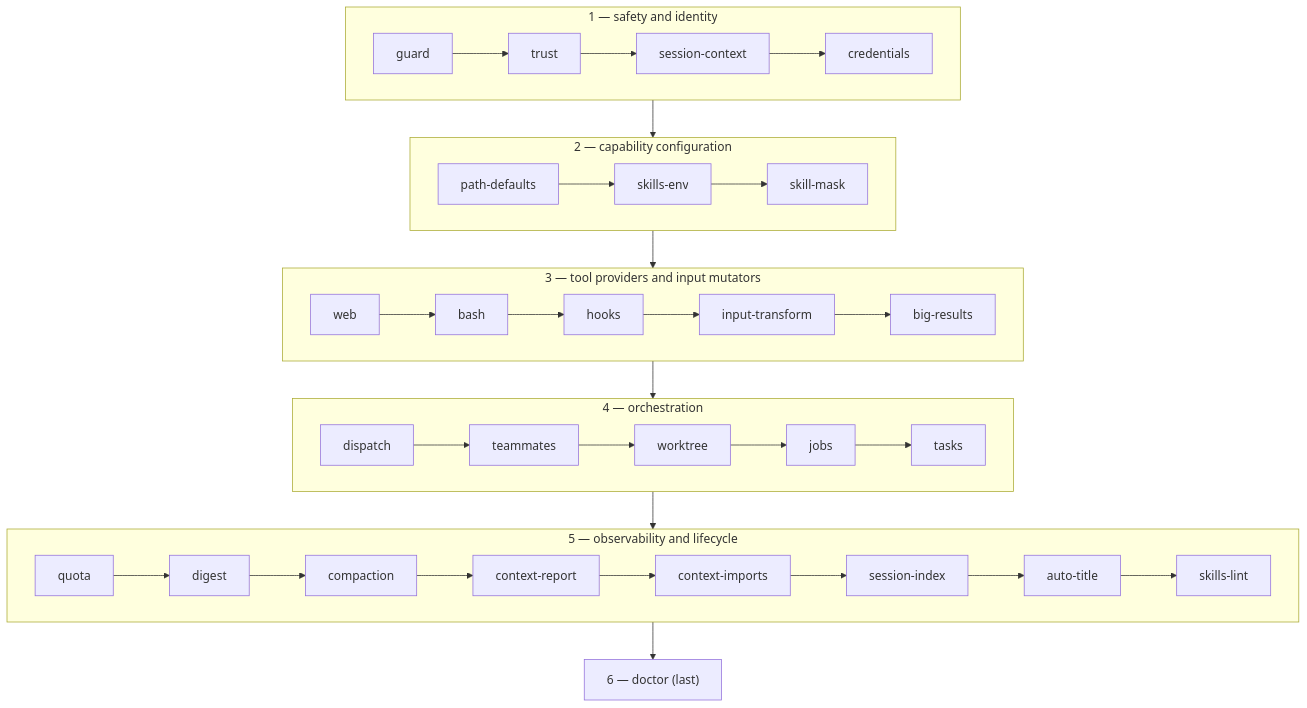
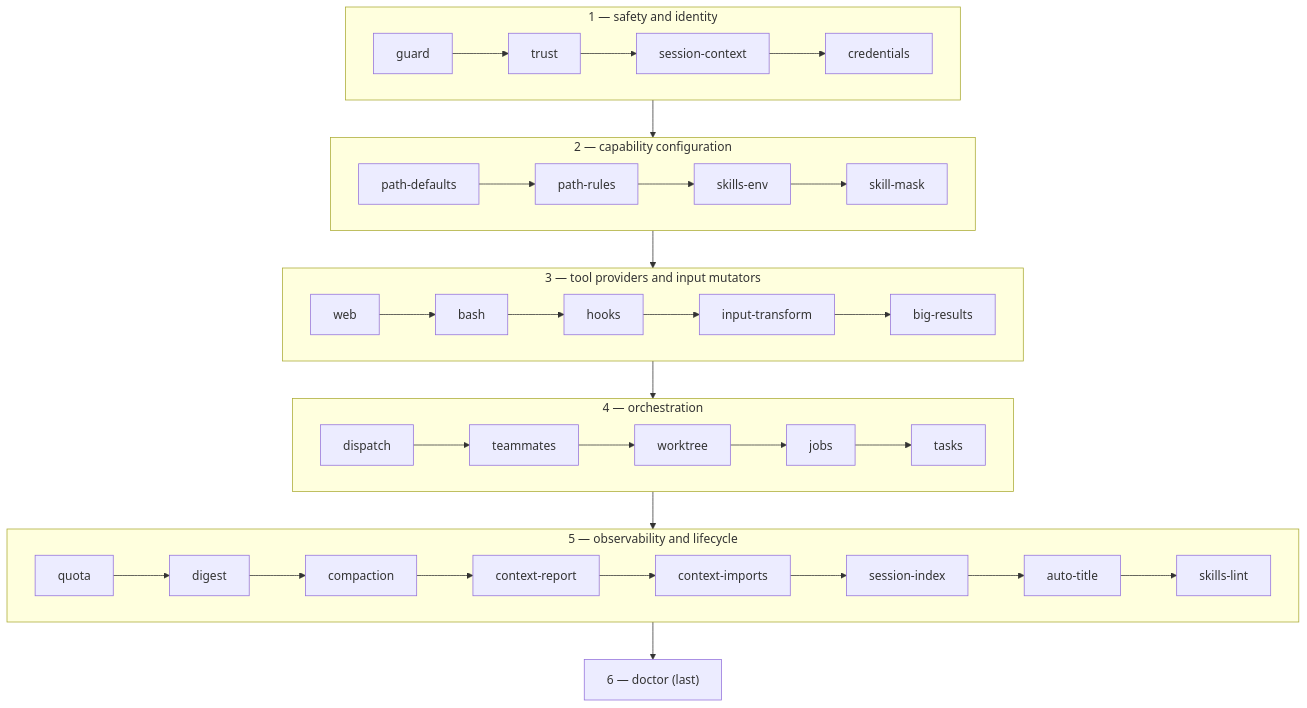
One commit to DresvyanskiyDenis/PiON changed the first of 3 diagrams in docs/concepts/architecture.md. Above: the diagram before and after it, drawn with Mermaid. The commit also changed other lines of this file and 35 other files, not shown here.

````diff
--- a/docs/concepts/architecture.md
+++ b/docs/concepts/architecture.md
@@ -29,24 +29,24 @@
 ```mermaid
 flowchart TB
     subgraph safety["1 — safety and identity"]
         direction LR
         guard --> trust --> sc["session-context"] --> cred["credentials"]
     end
     subgraph capconf["2 — capability configuration"]
         direction LR
-        pd["path-defaults"] --> se["skills-env"] --> sm["skill-mask"]
+        pd["path-defaults"] --> pr["path-rules"] --> se["skills-env"] --> sm["skill-mask"]
     end
     subgraph tools["3 — tool providers and input mutators"]
         direction LR
         web --> bash --> hooks --> it["input-transform"] --> br["big-results"]
     end
     subgraph orch["4 — orchestration"]
         direction LR
         dispatch --> teammates --> worktree --> jobs --> tasks
     end
     subgraph obs["5 — observability and lifecycle"]
         direction LR
         quota --> digest --> compaction --> cr["context-report"] --> ci["context-imports"] --> si["session-index"] --> at["auto-title"] --> sl["skills-lint"]
     end
     safety --> capconf --> tools --> orch --> obs --> doctor["6 — doctor (last)"]
 ```
````
